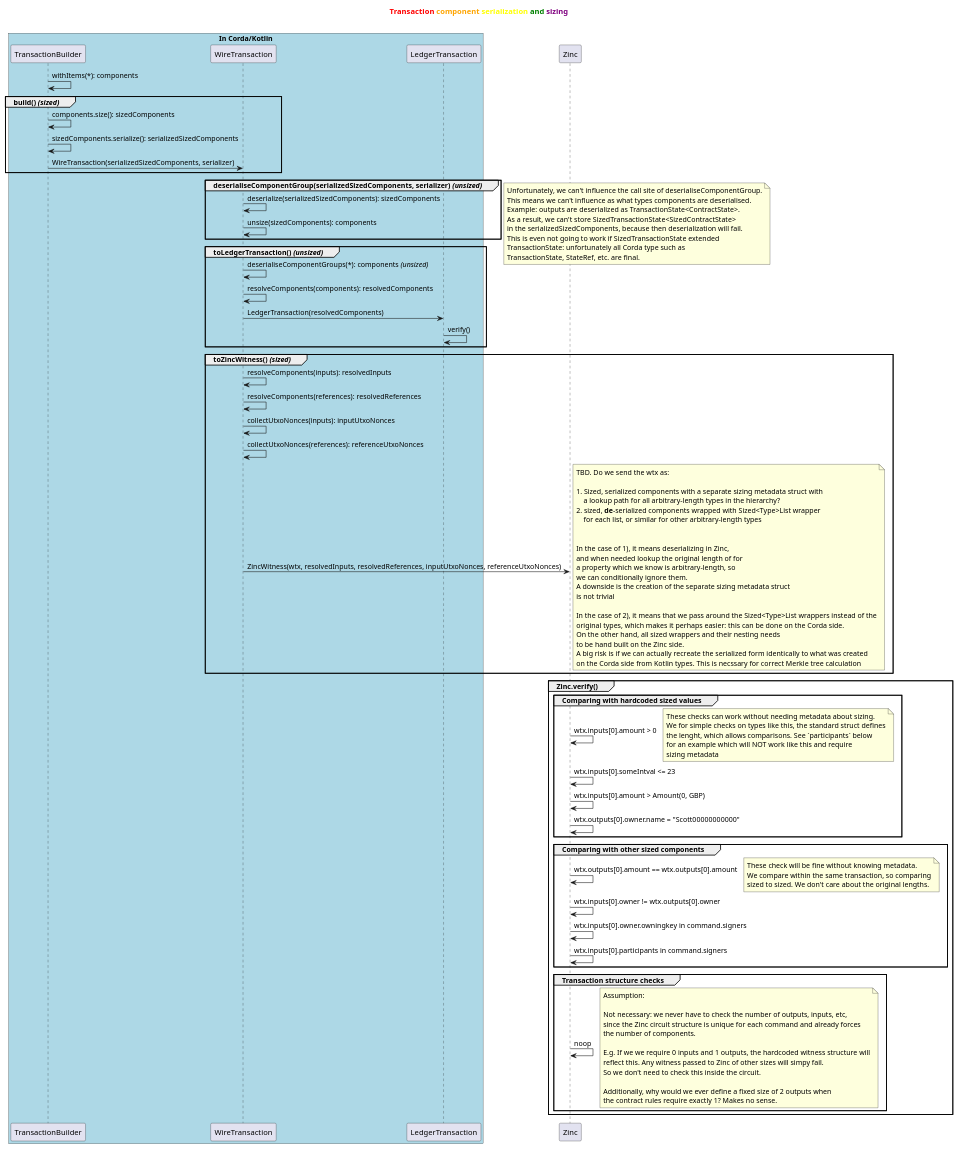
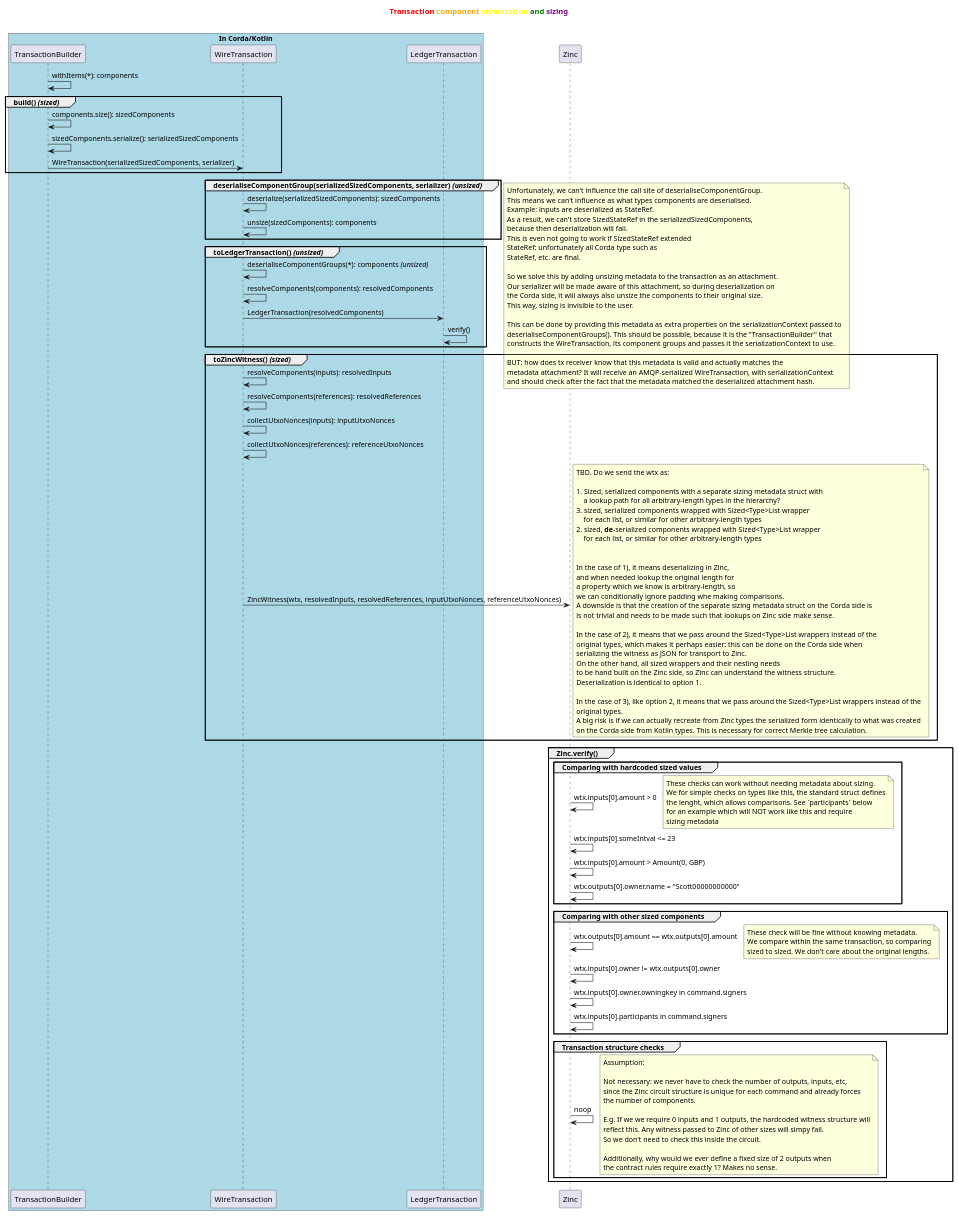
One commit to ing-bank/zkflow changed the diagram in docs/tx-component-serialization-sequence.puml. Above: the diagram before and after it, drawn with PlantUML.

Commit message:
Update serialization sequence diagram

```diff
--- a/docs/tx-component-serialization-sequence.puml
+++ b/docs/tx-component-serialization-sequence.puml
@@ -1,123 +1,143 @@
 @startuml
 title
 <b><font color=red>Transaction</font> <font color=orange>component</font> <font color=yellow>serialization</font> <font color=green>and</font> <font color=purple>sizing</font></b>
 
 end title
 
 skinparam backgroundColor white
 
 box "In Corda/Kotlin" #LightBlue
     participant txb as "TransactionBuilder"
     participant wtx as "WireTransaction"
     participant ltx as "LedgerTransaction"
 end box
 participant znc as "Zinc"
 
 txb -> txb: withItems(*): components
 
 group build() <i>(sized)</i>
     txb -> txb: components.size(): sizedComponents
     txb -> txb: sizedComponents.serialize(): serializedSizedComponents
     txb -> wtx: WireTransaction(serializedSizedComponents, serializer)
 end group
 
 group deserialiseComponentGroup(serializedSizedComponents, serializer) <i>(unsized)</i>
     wtx -> wtx: deserialize(serializedSizedComponents): sizedComponents
     wtx -> wtx: unsize(sizedComponents): components
 end group
     note right
         Unfortunately, we can't influence the call site of deserialiseComponentGroup.
         This means we can't influence as what types components are deserialised.
-        Example: outputs are deserialized as TransactionState<ContractState>.
-        As a result, we can't store SizedTransactionState<SizedContractState>
-        in the serializedSizedComponents, because then deserialization will fail.
-        This is even not going to work if SizedTransactionState extended
-        TransactionState: unfortunately all Corda type such as
-        TransactionState, StateRef, etc. are final.
+        Example: inputs are deserialized as StateRef.
+        As a result, we can't store SizedStateRef in the serializedSizedComponents,
+        because then deserialization will fail.
+        This is even not going to work if SizedStateRef extended
+        StateRef: unfortunately all Corda type such as
+        StateRef, etc. are final.
+
+        So we solve this by adding unsizing metadata to the transaction as an attachment.
+        Our serializer will be made aware of this attachment, so during deserialization on
+        the Corda side, it will always also unsize the components to their original size.
+        This way, sizing is invisible to the user.
+
+        This can be done by providing this metadata as extra properties on the serializationContext passed to
+        deserialiseComponentGroups(). This should be possible, because it is the "TransactionBuilder" that
+        constructs the WireTransaction, its component groups and passes it the serializationContext to use.
+
+        BUT: how does tx receiver know that this metadata is valid and actually matches the
+        metadata attachment? It will receive an AMQP-serialized WireTransaction, with serializationContext
+        and should check after the fact that the metadata matched the deserialized attachment hash.
     end note
 
 group toLedgerTransaction() <i>(unsized)</i>
     wtx -> wtx: deserialiseComponentGroups(*): components <i>(unsized)</i>
     wtx -> wtx: resolveComponents(components): resolvedComponents
     wtx -> ltx: LedgerTransaction(resolvedComponents)
     ltx -> ltx: verify()
 end group
 
 group toZincWitness() <i>(sized)</i>
     wtx -> wtx: resolveComponents(inputs): resolvedInputs
     wtx -> wtx: resolveComponents(references): resolvedReferences
     wtx -> wtx: collectUtxoNonces(inputs): inputUtxoNonces
     wtx -> wtx: collectUtxoNonces(references): referenceUtxoNonces
     wtx -> znc: ZincWitness(wtx, resolvedInputs, resolvedReferences, inputUtxoNonces, referenceUtxoNonces)
         note right
             TBD. Do we send the wtx as:
 
             1. Sized, serialized components with a separate sizing metadata struct with
                 a lookup path for all arbitrary-length types in the hierarchy?
+            3. sized, serialized components wrapped with Sized<Type>List wrapper
+                for each list, or similar for other arbitrary-length types
             2. sized, <b>de</b>-serialized components wrapped with Sized<Type>List wrapper
                 for each list, or similar for other arbitrary-length types
 
 
             In the case of 1), it means deserializing in Zinc,
-            and when needed lookup the original length of for
+            and when needed lookup the original length for
             a property which we know is arbitrary-length, so
-            we can conditionally ignore them.
-            A downside is the creation of the separate sizing metadata struct
-            is not trivial
+            we can conditionally ignore padding whe making comparisons.
+            A downside is that the creation of the separate sizing metadata struct on the Corda side is
+            is not trivial and needs to be made such that lookups on Zinc side make sense.
 
             In the case of 2), it means that we pass around the Sized<Type>List wrappers instead of the
-            original types, which makes it perhaps easier: this can be done on the Corda side.
+            original types, which makes it perhaps easier: this can be done on the Corda side when
+            serializing the witness as JSON for transport to Zinc.
             On the other hand, all sized wrappers and their nesting needs
-            to be hand built on the Zinc side.
-            A big risk is if we can actually recreate the serialized form identically to what was created
-            on the Corda side from Kotlin types. This is necssary for correct Merkle tree calculation
+            to be hand built on the Zinc side, so Zinc can understand the witness structure.
+            Deserialization is identical to option 1.
+
+            In the case of 3), like option 2, it means that we pass around the Sized<Type>List wrappers instead of the
+            original types.
+            A big risk is if we can actually recreate from Zinc types the serialized form identically to what was created
+            on the Corda side from Kotlin types. This is necessary for correct Merkle tree calculation.
         end note
 end group
 
 group Zinc.verify()
 
     group Comparing with hardcoded sized values
         znc -> znc: wtx.inputs[0].amount > 0
             note right
                 These checks can work without needing metadata about sizing.
                 We for simple checks on types like this, the standard struct defines
                 the lenght, which allows comparisons. See `participants` below
                 for an example which will NOT work like this and require
                 sizing metadata
             end note
         znc -> znc: wtx.inputs[0].someIntval <= 23
         znc -> znc: wtx.inputs[0].amount > Amount(0, GBP)
         znc -> znc: wtx.outputs[0].owner.name = "Scott00000000000"
     end group
 
     group Comparing with other sized components
         znc -> znc: wtx.outputs[0].amount == wtx.outputs[0].amount
             note right
                 These check will be fine without knowing metadata.
                 We compare within the same transaction, so comparing
                 sized to sized. We don't care about the original lengths.
             end note
         znc -> znc: wtx.inputs[0].owner != wtx.outputs[0].owner
         znc -> znc: wtx.inputs[0].owner.owningkey in command.signers
         znc -> znc: wtx.inputs[0].participants in command.signers
     end group
 
     group Transaction structure checks
     znc -> znc: noop
         note right
             Assumption:
 
             Not necessary: we never have to check the number of outputs, inputs, etc,
             since the Zinc circuit structure is unique for each command and already forces
             the number of components.
 
             E.g. If we we require 0 inputs and 1 outputs, the hardcoded witness structure will
             reflect this. Any witness passed to Zinc of other sizes will simpy fail.
             So we don't need to check this inside the circuit.
 
             Additionally, why would we ever define a fixed size of 2 outputs when
             the contract rules require exactly 1? Makes no sense.
         end note
     end group
 end group
 @enduml
```
